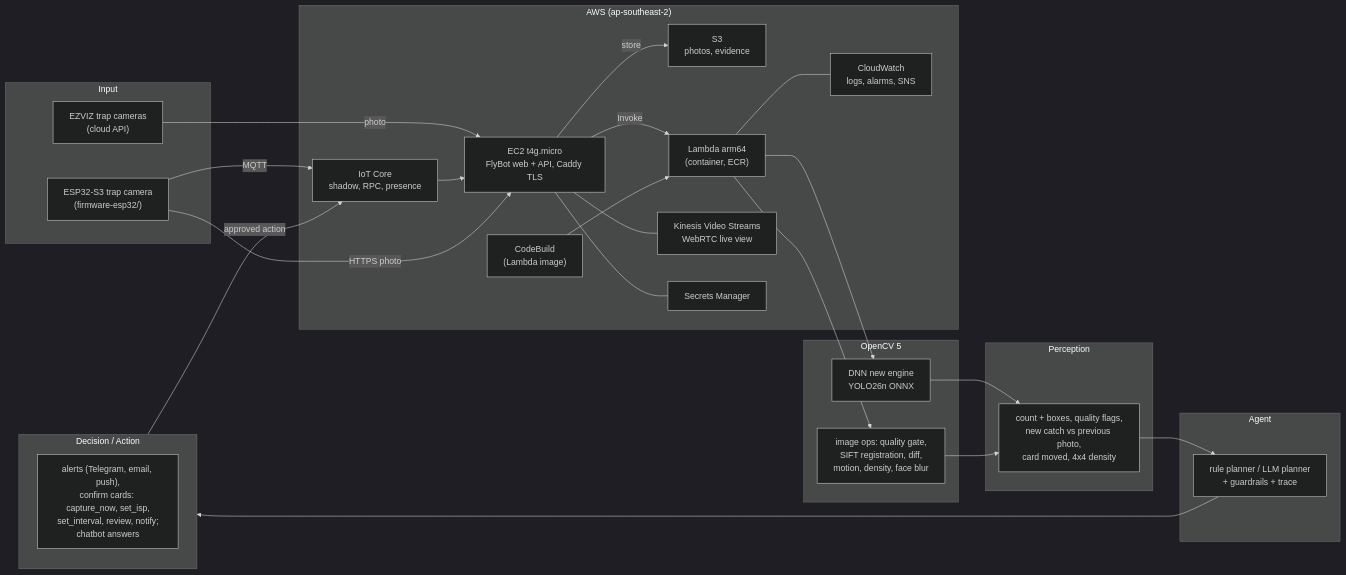
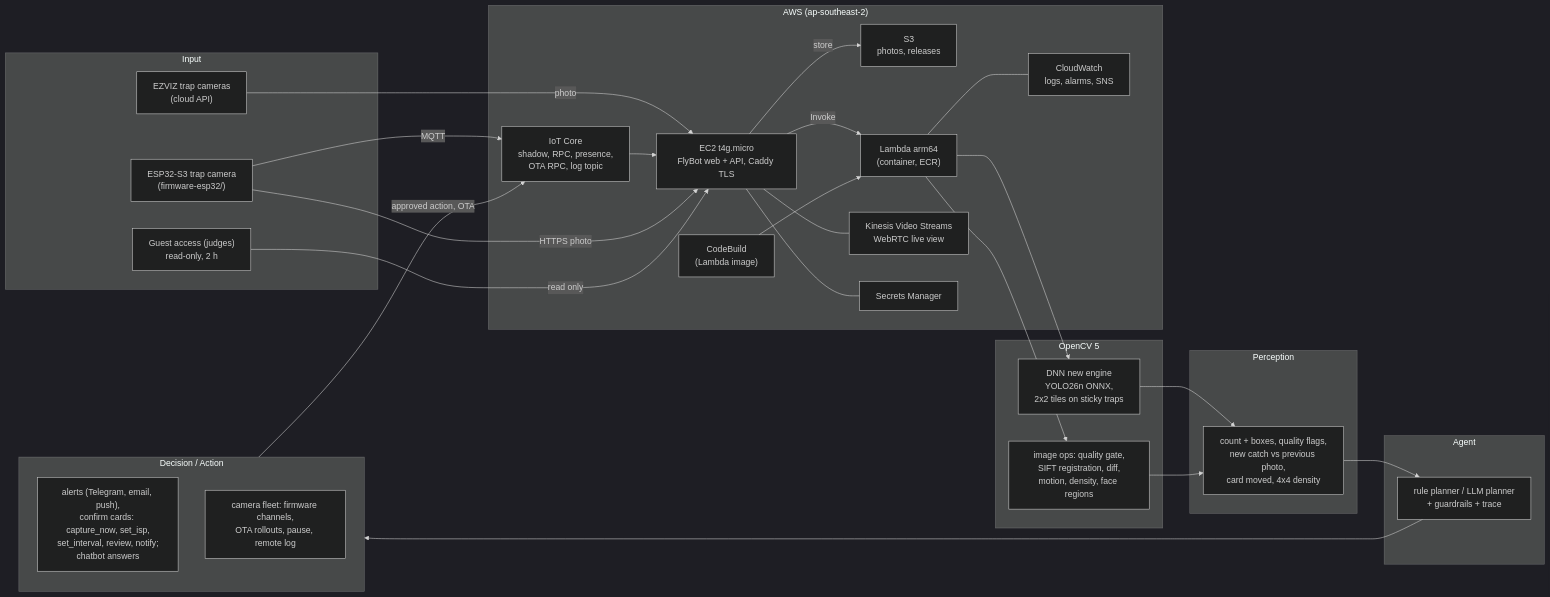
The diagram in README.md (agrhub/flybot-aws), drawn with Mermaid (dark theme) before and after one commit. The commit also changed other lines of this file and 5 other files, not shown here.

First line of the commit message:
docs: competition documents for guest access, tiles and the fleet

````diff
--- a/README.md
+++ b/README.md
@@ -26,43 +28,46 @@
 ```mermaid
 flowchart LR
   subgraph IN["Input"]
     CAM1["EZVIZ trap cameras<br/>(cloud API)"]
     CAM2["ESP32-S3 trap camera<br/>(firmware-esp32/)"]
+    GUEST["Guest access (judges)<br/>read-only, 2 h"]
   end
   subgraph CV["OpenCV 5"]
-    DNN["DNN new engine<br/>YOLO26n ONNX"]
-    OPS["image ops: quality gate,<br/>SIFT registration, diff,<br/>motion, density, face blur"]
+    DNN["DNN new engine<br/>YOLO26n ONNX,<br/>2x2 tiles on sticky traps"]
+    OPS["image ops: quality gate,<br/>SIFT registration, diff,<br/>motion, density, face regions"]
   end
   subgraph PER["Perception"]
     P1["count + boxes, quality flags,<br/>new catch vs previous photo,<br/>card moved, 4x4 density"]
   end
   subgraph AG["Agent"]
     A1["rule planner / LLM planner<br/>+ guardrails + trace"]
   end
   subgraph AWS["AWS (ap-southeast-2)"]
-    IOT["IoT Core<br/>shadow, RPC, presence"]
-    S3["S3<br/>photos, evidence"]
+    IOT["IoT Core<br/>shadow, RPC, presence,<br/>OTA RPC, log topic"]
+    S3["S3<br/>photos, releases"]
     L["Lambda arm64<br/>(container, ECR)"]
     EC2["EC2 t4g.micro<br/>FlyBot web + API, Caddy TLS"]
     KVS["Kinesis Video Streams<br/>WebRTC live view"]
     SM["Secrets Manager"]
     CB["CodeBuild<br/>(Lambda image)"]
     CW["CloudWatch<br/>logs, alarms, SNS"]
   end
   subgraph ACT["Decision / Action"]
     D1["alerts (Telegram, email, push),<br/>confirm cards: capture_now, set_isp,<br/>set_interval, review, notify;<br/>chatbot answers"]
+    D2["camera fleet: firmware channels,<br/>OTA rollouts, pause, remote log"]
   end
   CAM1 -->|photo| EC2
   CAM2 -->|MQTT| IOT --> EC2
   CAM2 -->|HTTPS photo| EC2
+  GUEST -->|read only| EC2
   EC2 -->|store| S3
   EC2 -->|Invoke| L
   L --> DNN --> P1
   L --> OPS --> P1
   P1 --> A1 --> ACT
-  ACT -->|approved action| IOT
+  ACT -->|approved action, OTA| IOT
   EC2 --- KVS
   EC2 --- SM
   CB --> L
   L --- CW
 ```
````
